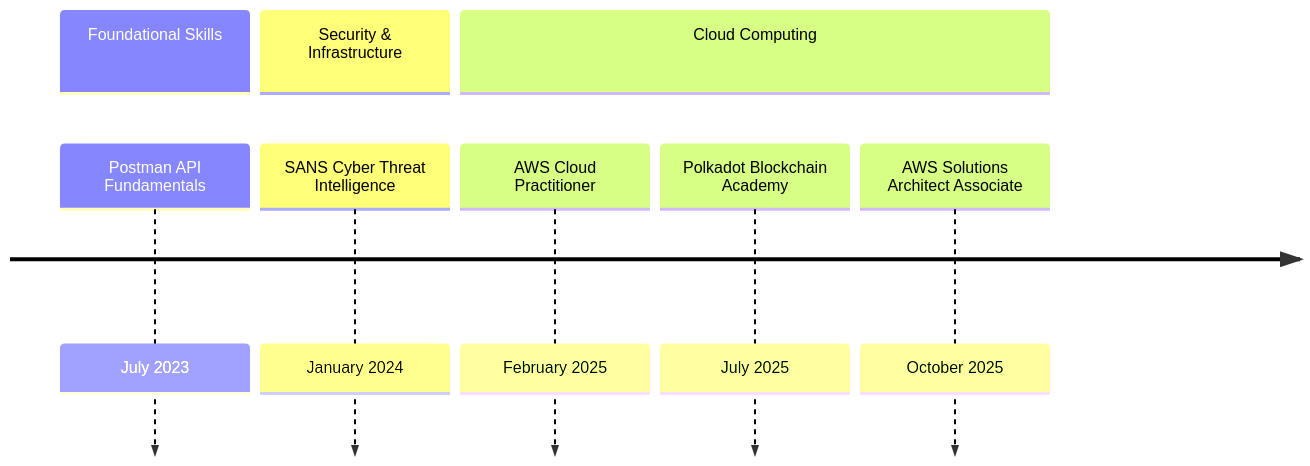
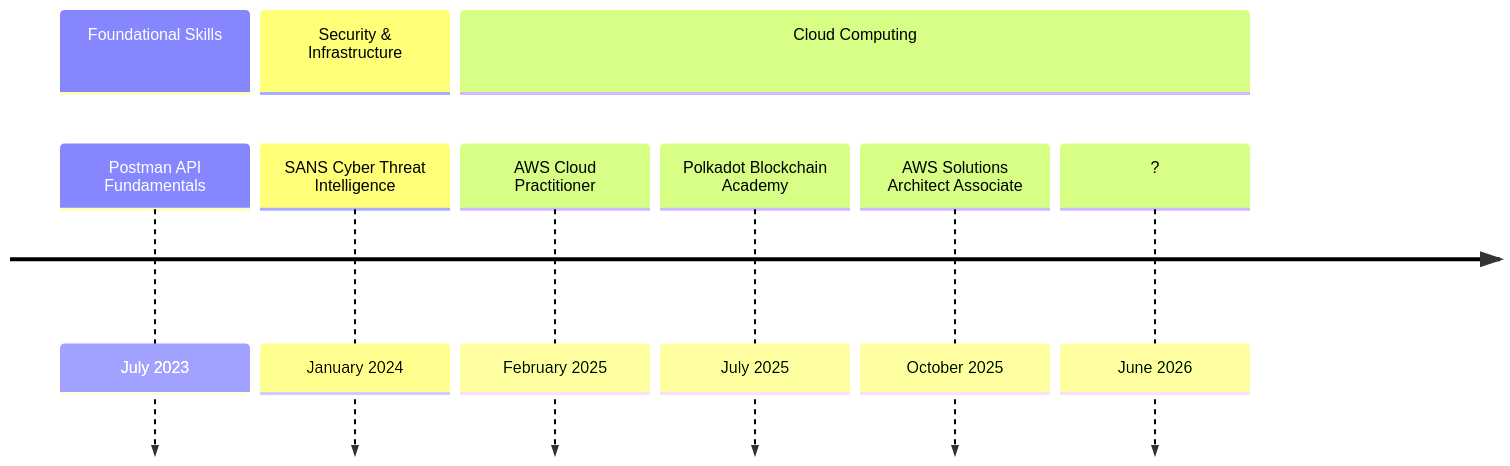
One commit to saraprettyman/saraprettyman changed the diagram in README.md. Above: the diagram before and after it, drawn with Mermaid.

Commit message:
Update README.md for new project

````diff
--- a/README.md
+++ b/README.md
@@ -73,12 +73,13 @@
 ```mermaid
 timeline
     title 
     section Foundational Skills
         Postman API Fundamentals : July 2023
     section Security & Infrastructure
         SANS Cyber Threat Intelligence : January 2024
     section Cloud Computing
         AWS Cloud Practitioner : February 2025
         Polkadot Blockchain Academy : July 2025
         AWS Solutions Architect Associate : October 2025
+        ? : June 2026
 ```
````
